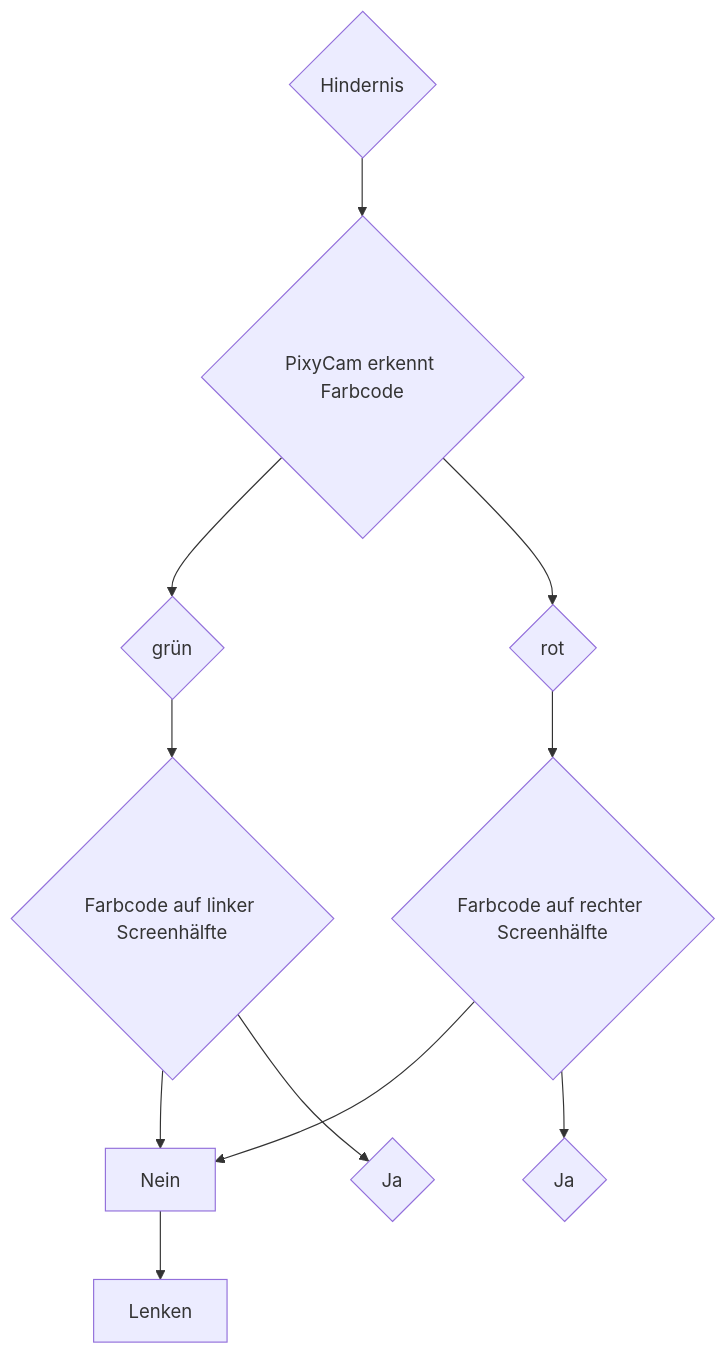
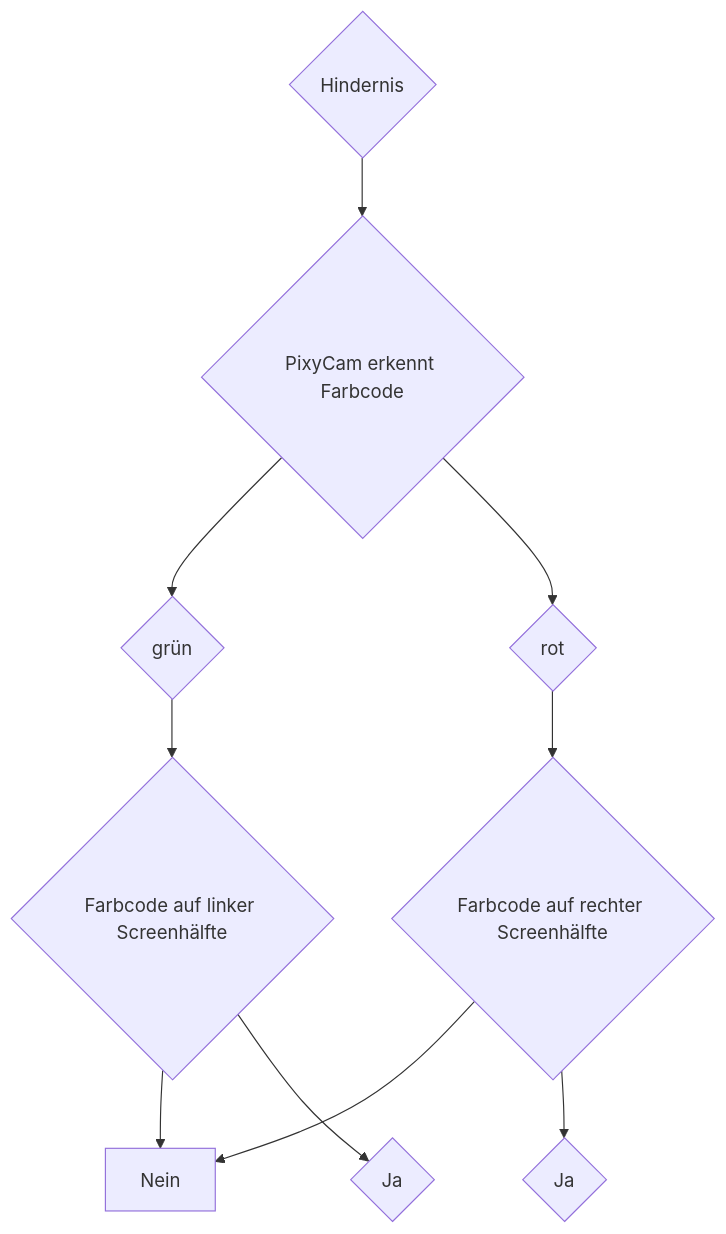
The diagram in Programme/Hindernisrennen/README.md (SchroedingersBit/PfortGTPanama), drawn with Mermaid before and after one commit.

````diff
--- a/Programme/Hindernisrennen/README.md
+++ b/Programme/Hindernisrennen/README.md
@@ -4,10 +4,10 @@
 ```mermaid
 graph TB;
 A{Hindernis} -->B{PixyCam erkennt Farbcode};
 B-->E{grün}-->C1{Farbcode auf linker Screenhälfte};
 B-->C{rot}-->C2{Farbcode auf rechter Screenhälfte};
 C2 --> Nein; C1 --> Nein;
-Nein --> Lenken;
+
 C1-->J1{Ja};
 C2-->J2{Ja};
 ```
````
